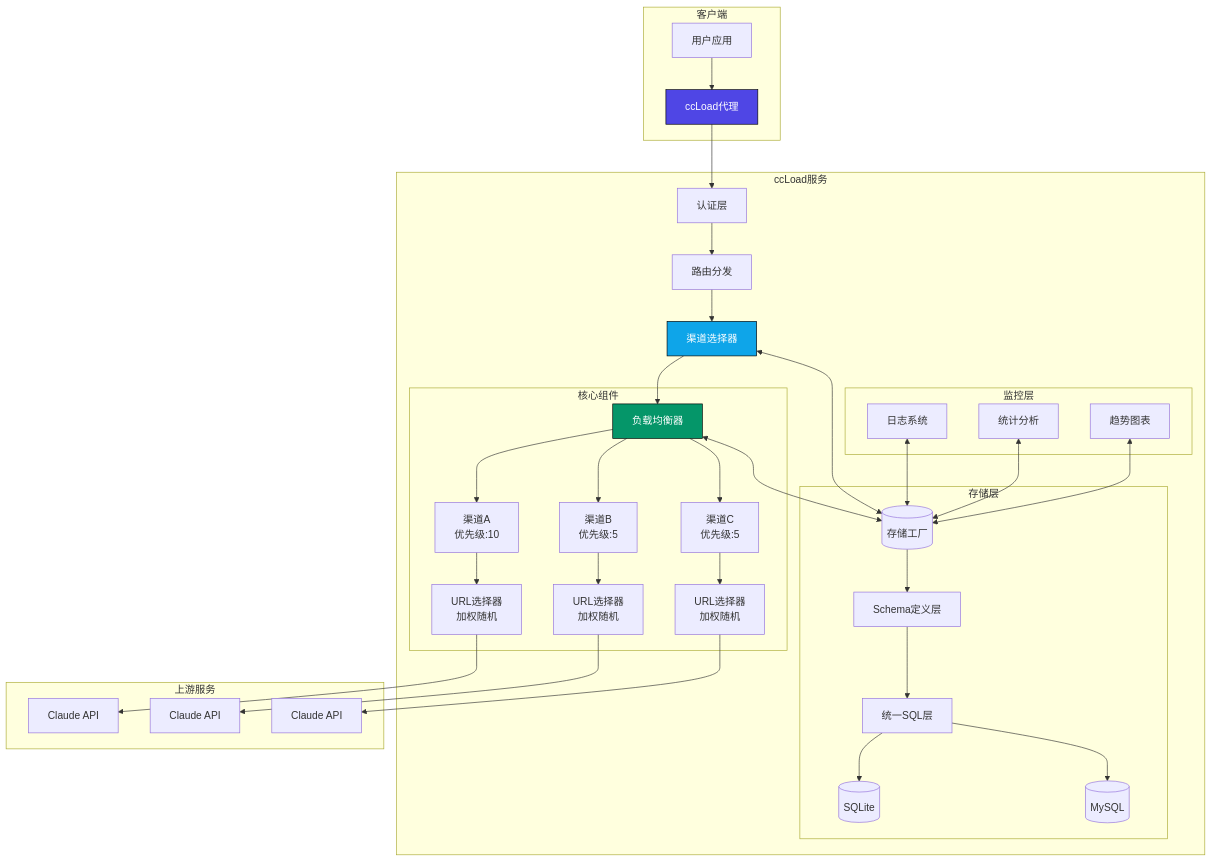
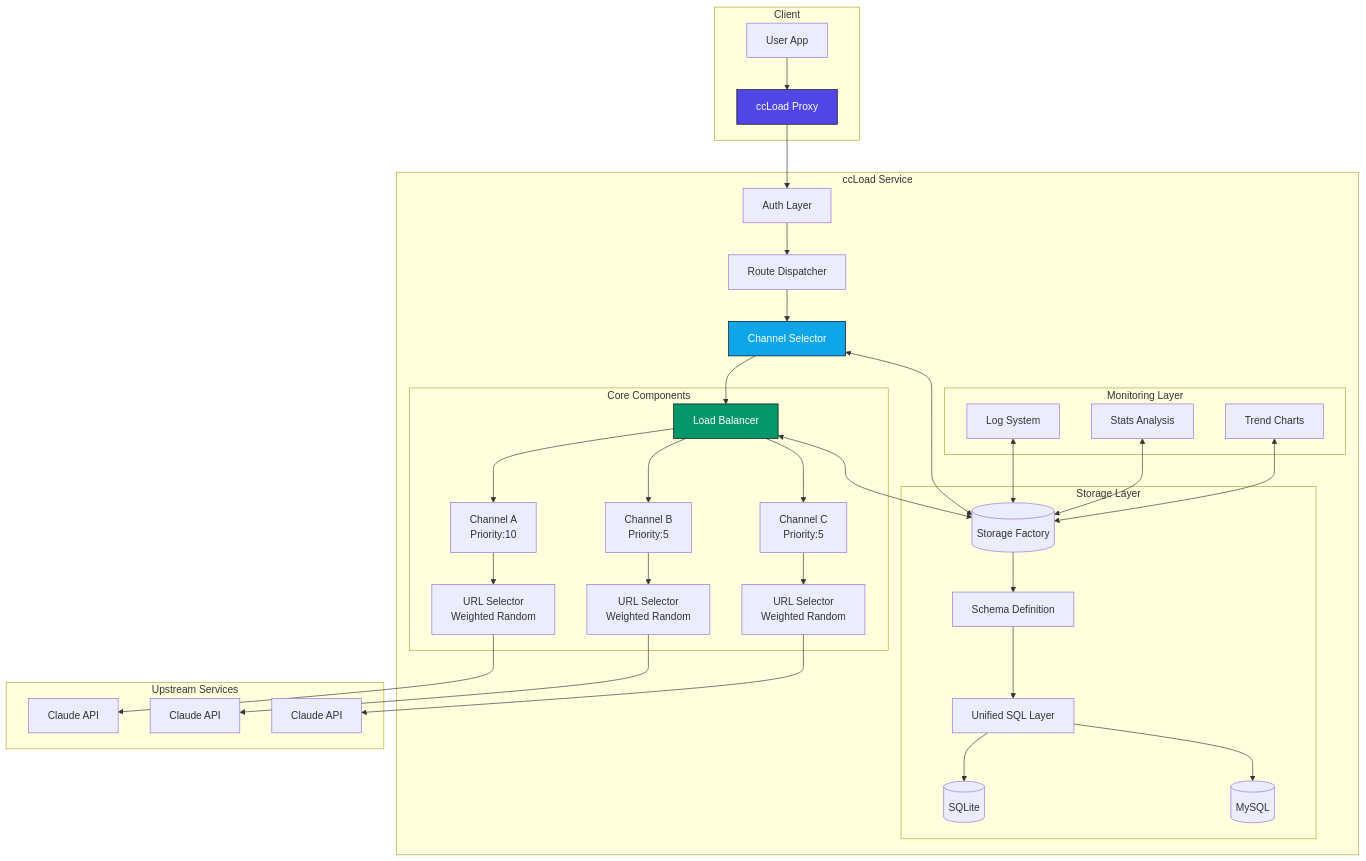
The diagram in README.md (caidaoli/ccLoad), drawn with Mermaid before and after one commit. The commit also changed other lines of this file and 3 other files, not shown here.

````diff
--- a/README.md
+++ b/README.md
@@ -86,56 +77,56 @@
 ```mermaid
 graph TB
-    subgraph "客户端"
-        A[用户应用] --> B[ccLoad代理]
+    subgraph "Client"
+        A[User App] --> B[ccLoad Proxy]
     end
-    
-    subgraph "ccLoad服务"
-        B --> C[认证层]
-        C --> D[路由分发]
-        D --> E[渠道选择器]
-        E --> F[负载均衡器]
 
-        subgraph "核心组件"
-            F --> G[渠道A<br/>优先级:10]
-            F --> H[渠道B<br/>优先级:5]
-            F --> I[渠道C<br/>优先级:5]
-            G --> G1[URL选择器<br/>加权随机]
-            H --> H1[URL选择器<br/>加权随机]
-            I --> I1[URL选择器<br/>加权随机]
+    subgraph "ccLoad Service"
+        B --> C[Auth Layer]
+        C --> D[Route Dispatcher]
+        D --> E[Channel Selector]
+        E --> F[Load Balancer]
+
+        subgraph "Core Components"
+            F --> G[Channel A<br/>Priority:10]
+            F --> H[Channel B<br/>Priority:5]
+            F --> I[Channel C<br/>Priority:5]
+            G --> G1[URL Selector<br/>Weighted Random]
+            H --> H1[URL Selector<br/>Weighted Random]
+            I --> I1[URL Selector<br/>Weighted Random]
         end
-        
-        subgraph "存储层"
-            J[(存储工厂)]
-            J3[Schema定义层]
-            J4[统一SQL层]
+
+        subgraph "Storage Layer"
+            J[(Storage Factory)]
+            J3[Schema Definition]
+            J4[Unified SQL Layer]
             J1[(SQLite)]
             J2[(MySQL)]
             J --> J3
             J3 --> J4
             J4 --> J1
             J4 --> J2
         end
-        
-        subgraph "监控层"
-            K[日志系统]
-            L[统计分析]
-            M[趋势图表]
+
+        subgraph "Monitoring Layer"
+            K[Log System]
+            L[Stats Analysis]
+            M[Trend Charts]
         end
     end
-    
-    subgraph "上游服务"
+
+    subgraph "Upstream Services"
         G1 --> N[Claude API]
         H1 --> O[Claude API]
         I1 --> P[Claude API]
     end
-    
+
     E <--> J
     F <--> J
     K <--> J
     L <--> J
     M <--> J
-    
+
     style B fill:#4F46E5,stroke:#000,color:#fff
     style F fill:#059669,stroke:#000,color:#fff
     style E fill:#0EA5E9,stroke:#000,color:#fff
 ```
````
